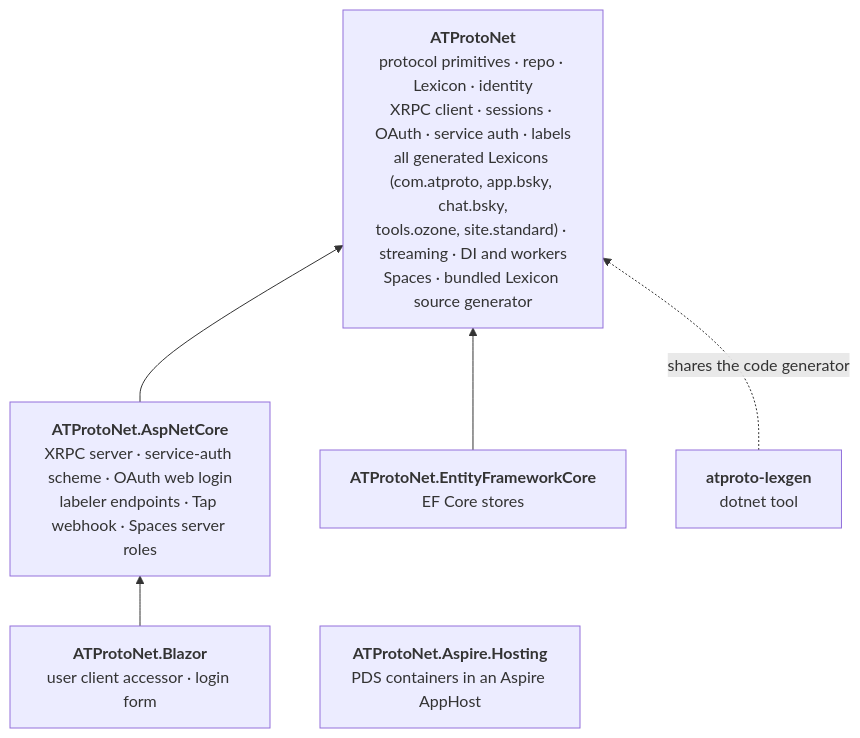
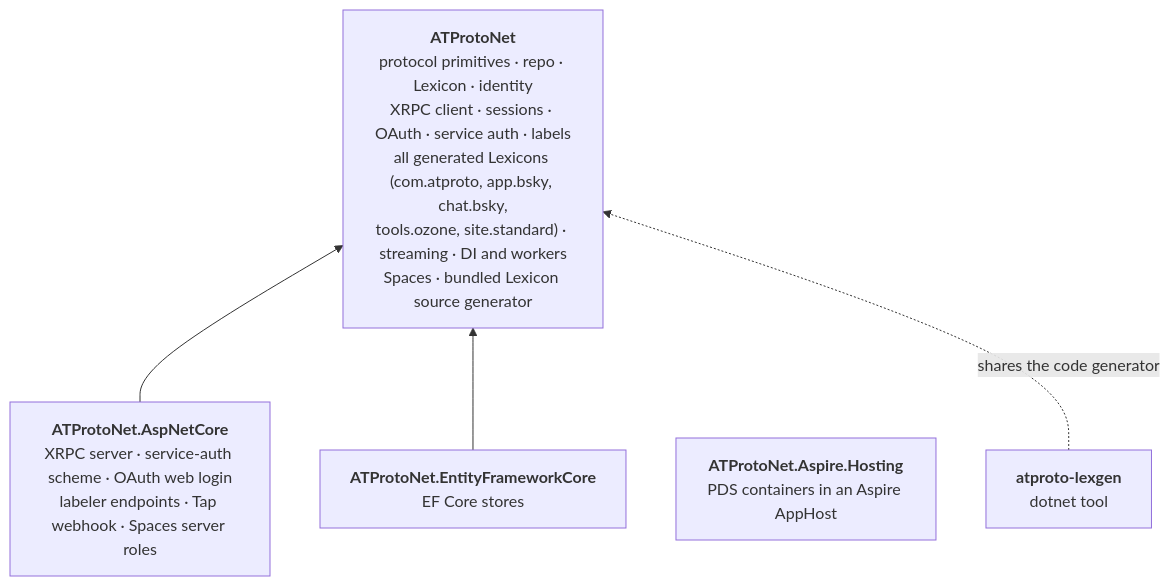
Before and after one commit to Grandiras/ATProto.NET: the first of 6 diagrams in design/02-architecture.md, drawn with Mermaid. The commit also changed other lines of this file and 11 other files, not shown here.

````diff
--- a/design/02-architecture.md
+++ b/design/02-architecture.md
@@ -13,14 +13,12 @@
 ```mermaid
 flowchart BT
     CORE["<b>ATProtoNet</b><br/>protocol primitives · repo · Lexicon · identity<br/>XRPC client · sessions · OAuth · service auth · labels<br/>all generated Lexicons (com.atproto, app.bsky, chat.bsky,<br/>tools.ozone, site.standard) · streaming · DI and workers<br/>Spaces · bundled Lexicon source generator"]
     ASP["<b>ATProtoNet.AspNetCore</b><br/>XRPC server · service-auth scheme · OAuth web login<br/>labeler endpoints · Tap webhook · Spaces server roles"]
     EF["<b>ATProtoNet.EntityFrameworkCore</b><br/>EF Core stores"]
-    BZ["<b>ATProtoNet.Blazor</b><br/>user client accessor · login form"]
     ASPIRE["<b>ATProtoNet.Aspire.Hosting</b><br/>PDS containers in an Aspire AppHost"]
     CLI["<b>atproto-lexgen</b><br/>dotnet tool"]
 
     ASP --> CORE
     EF --> CORE
-    BZ --> ASP
     CLI -.shares the code generator.-> CORE
 ```
````
